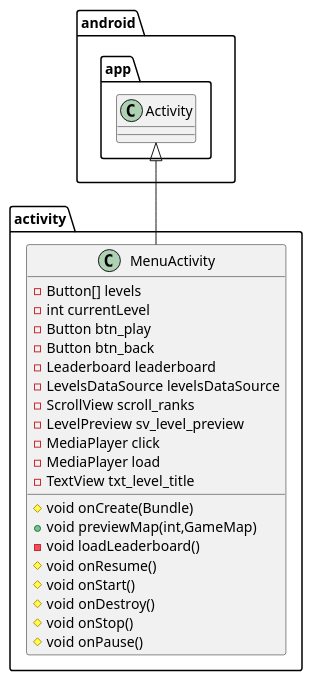
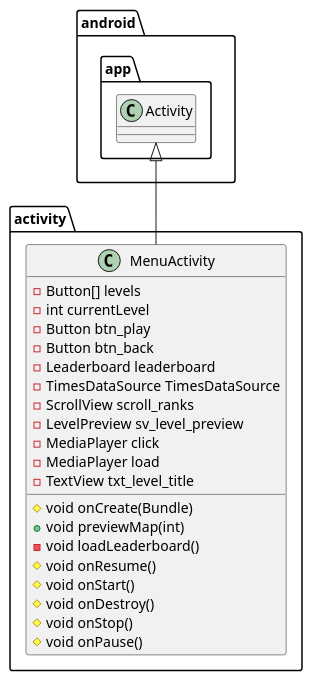
The diagram in ProjectApp/app/src/main/java/com/avasaysayava/bagrutproject/activity/MenuActivity.puml (Avasay-Sayava/BagrutProject), drawn with PlantUML before and after one commit. The commit also changed 2 other files, not shown here.

```diff
--- a/ProjectApp/app/src/main/java/com/avasaysayava/bagrutproject/activity/MenuActivity.puml
+++ b/ProjectApp/app/src/main/java/com/avasaysayava/bagrutproject/activity/MenuActivity.puml
@@ -1,28 +1,28 @@
 @startuml
 class activity.MenuActivity {
 - Button[] levels
 - int currentLevel
 - Button btn_play
 - Button btn_back
 - Leaderboard leaderboard
-- LevelsDataSource levelsDataSource
+- TimesDataSource TimesDataSource
 - ScrollView scroll_ranks
 - LevelPreview sv_level_preview
 - MediaPlayer click
 - MediaPlayer load
 - TextView txt_level_title
 # void onCreate(Bundle)
-+ void previewMap(int,GameMap)
++ void previewMap(int)
 - void loadLeaderboard()
 # void onResume()
 # void onStart()
 # void onDestroy()
 # void onStop()
 # void onPause()
 }
 
 
 
 
 android.app.Activity <|-- activity.MenuActivity
 @enduml
```
